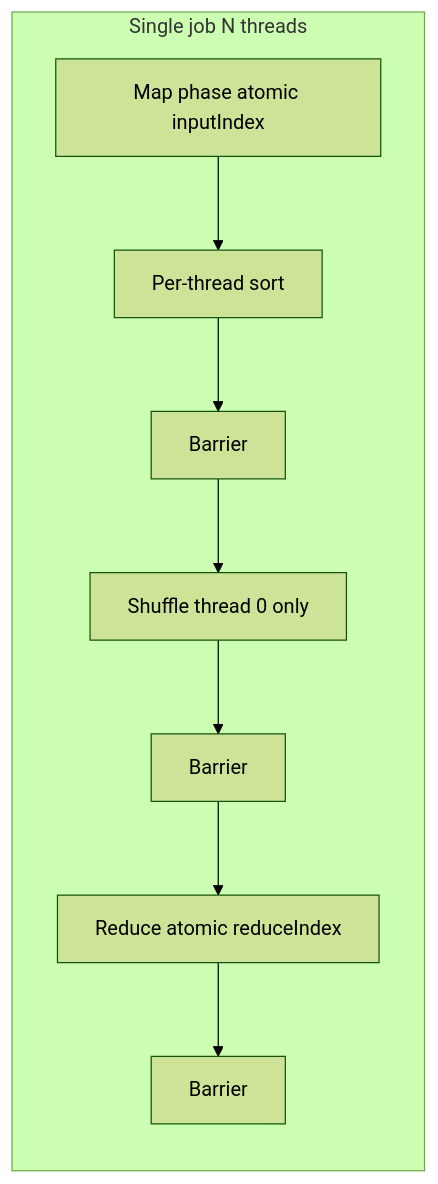
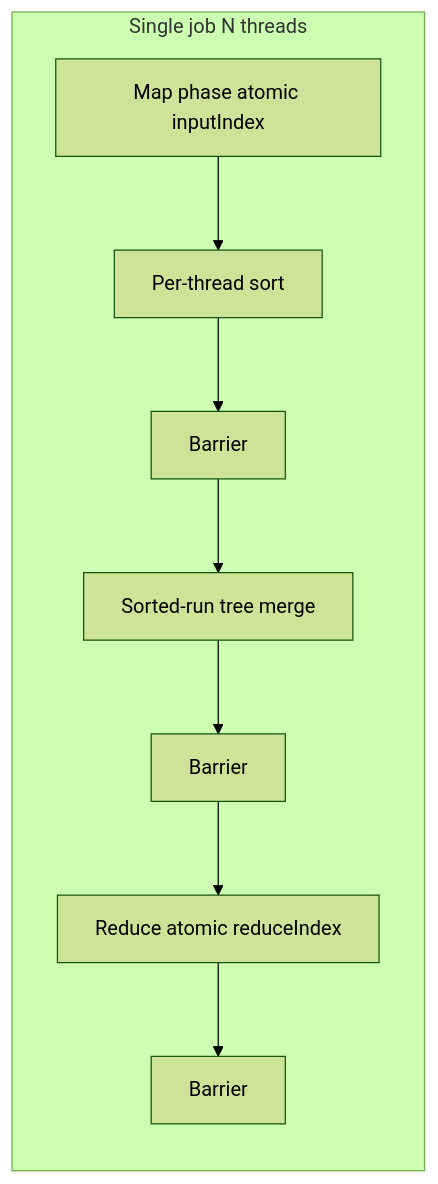
Before and after one commit to davidharvith/MapReduce: the first of 2 diagrams in README.md, drawn with Mermaid (forest theme). The commit also changed other lines of this file and 69 other files, not shown here.

````diff
--- a/README.md
+++ b/README.md
@@ -11,13 +11,13 @@
 ```mermaid
 flowchart LR
   subgraph perJob [Single job N threads]
     Map[Map phase atomic inputIndex]
     Sort[Per-thread sort]
     B1[Barrier]
-    Shuffle[Shuffle thread 0 only]
+    Shuffle[Sorted-run tree merge]
     B2[Barrier]
     Reduce[Reduce atomic reduceIndex]
     B3[Barrier]
     Map --> Sort --> B1 --> Shuffle --> B2 --> Reduce --> B3
   end
 ```
````
